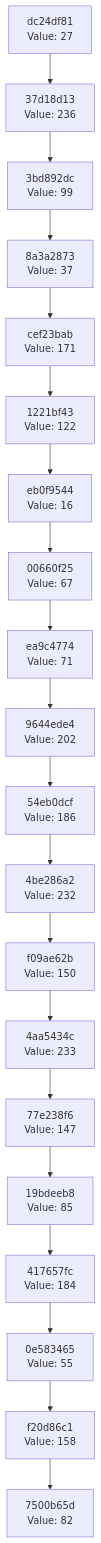
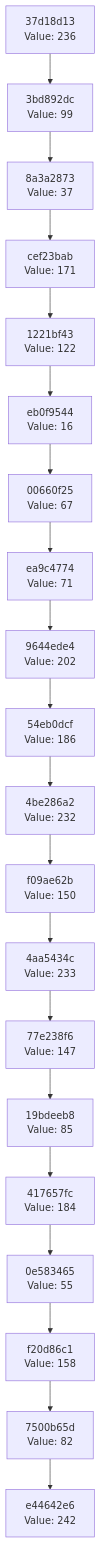
One commit to Abhisheksinha1506/hash-chain-evolver changed the diagram in docs/CHAIN_VISUALIZATION.md. Above: the diagram before and after it, drawn with Mermaid. The commit also changed 2 other files, not shown here.

Commit message:
Evolution Step

````diff
--- a/docs/CHAIN_VISUALIZATION.md
+++ b/docs/CHAIN_VISUALIZATION.md
@@ -3,42 +3,42 @@
 ```mermaid
 graph TD
-    C0["7500b65d<br/>Value: 82"]
-    C1["f20d86c1<br/>Value: 158"]
+    C0["e44642e6<br/>Value: 242"]
+    C1["7500b65d<br/>Value: 82"]
     C1 --> C0
-    C2["0e583465<br/>Value: 55"]
+    C2["f20d86c1<br/>Value: 158"]
     C2 --> C1
-    C3["417657fc<br/>Value: 184"]
+    C3["0e583465<br/>Value: 55"]
     C3 --> C2
-    C4["19bdeeb8<br/>Value: 85"]
+    C4["417657fc<br/>Value: 184"]
     C4 --> C3
-    C5["77e238f6<br/>Value: 147"]
+    C5["19bdeeb8<br/>Value: 85"]
     C5 --> C4
-    C6["4aa5434c<br/>Value: 233"]
+    C6["77e238f6<br/>Value: 147"]
     C6 --> C5
-    C7["f09ae62b<br/>Value: 150"]
+    C7["4aa5434c<br/>Value: 233"]
     C7 --> C6
-    C8["4be286a2<br/>Value: 232"]
+    C8["f09ae62b<br/>Value: 150"]
     C8 --> C7
-    C9["54eb0dcf<br/>Value: 186"]
+    C9["4be286a2<br/>Value: 232"]
     C9 --> C8
-    C10["9644ede4<br/>Value: 202"]
+    C10["54eb0dcf<br/>Value: 186"]
     C10 --> C9
-    C11["ea9c4774<br/>Value: 71"]
+    C11["9644ede4<br/>Value: 202"]
     C11 --> C10
-    C12["00660f25<br/>Value: 67"]
+    C12["ea9c4774<br/>Value: 71"]
     C12 --> C11
-    C13["eb0f9544<br/>Value: 16"]
+    C13["00660f25<br/>Value: 67"]
     C13 --> C12
-    C14["1221bf43<br/>Value: 122"]
+    C14["eb0f9544<br/>Value: 16"]
     C14 --> C13
-    C15["cef23bab<br/>Value: 171"]
+    C15["1221bf43<br/>Value: 122"]
     C15 --> C14
-    C16["8a3a2873<br/>Value: 37"]
+    C16["cef23bab<br/>Value: 171"]
     C16 --> C15
-    C17["3bd892dc<br/>Value: 99"]
+    C17["8a3a2873<br/>Value: 37"]
     C17 --> C16
-    C18["37d18d13<br/>Value: 236"]
+    C18["3bd892dc<br/>Value: 99"]
     C18 --> C17
-    C19["dc24df81<br/>Value: 27"]
+    C19["37d18d13<br/>Value: 236"]
     C19 --> C18
 ```
````
